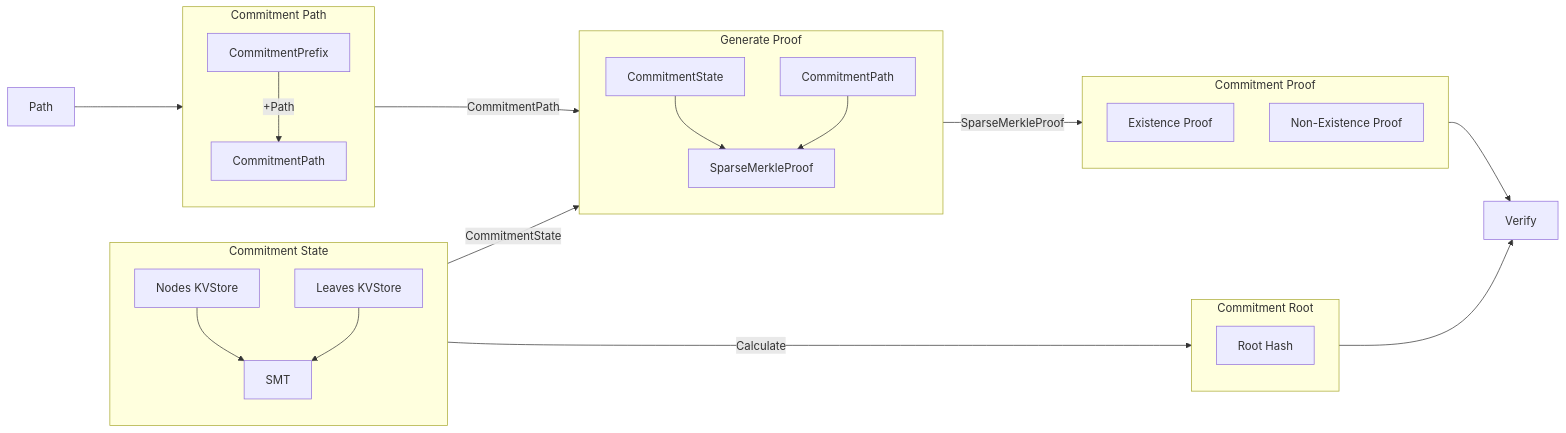
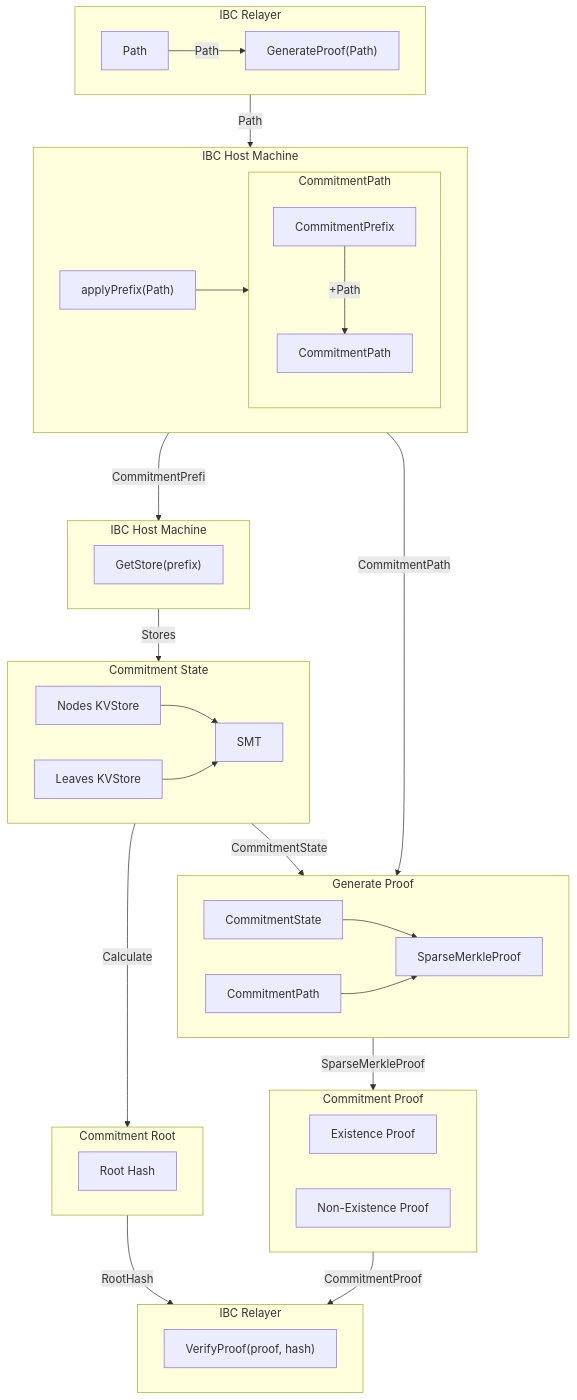
The second of 2 diagrams in phase1/ics23/ics23.md (h5law/pokt-ibc-integration), drawn with Mermaid before and after one commit. The commit also changed other lines of this file, not shown here.

Commit message:
Update commitment types diagram

````diff
--- a/phase1/ics23/ics23.md
+++ b/phase1/ics23/ics23.md
@@ -96,36 +94,53 @@
 ```mermaid
-flowchart LR
+flowchart TD
+  subgraph GPR[IBC Relayer]
+    Y[Path]
+    Z["GenerateProof(Path)"]
+    Y--Path-->Z
+  end
   subgraph CS[Commitment State]
     A[SMT]
     B[Nodes KVStore]
     C[Leaves KVStore]
     B --> A
     C --> A
   end
   subgraph CR[Commitment Root]
     D[Root Hash]
   end
-  subgraph P[Commitment Path]
-    E[CommitmentPrefix]
-    G[CommitmentPath]
-    E --+Path--> G
+  subgraph HS[IBC Host Machine]
+    Q["GetStore(prefix)"]
+  end
+  subgraph HS2[IBC Host Machine]
+    E["applyPrefix(Path)"]
+    subgraph P[CommitmentPath]
+      F[CommitmentPrefix]
+      G[CommitmentPath]
+      F--+Path-->G
+    end
+    E-->P
   end
   subgraph CP[Commitment Proof]
     H[Existence Proof]
     I[Non-Existence Proof]
   end
   subgraph GP[Generate Proof]
     J[CommitmentState]
     K[CommitmentPath]
     L[SparseMerkleProof]
     J --> L
     K --> L
   end
+  subgraph RE[IBC Relayer]
+    V["VerifyProof(proof, hash)"]
+  end
+  HS2 --CommitmentPrefix--> HS
+  HS --Stores--> CS
   CS --Calculate--> CR
-  F[Path] --> P
-  P --CommitmentPath--> GP
+  GPR --Path--> HS2
+  HS2 --CommitmentPath--> GP
   CS --CommitmentState--> GP
   GP --SparseMerkleProof-->CP
-  CR --> Verify
-  CP --> Verify
+  CR --RootHash--> RE
+  CP --CommitmentProof--> RE
 ```
````
